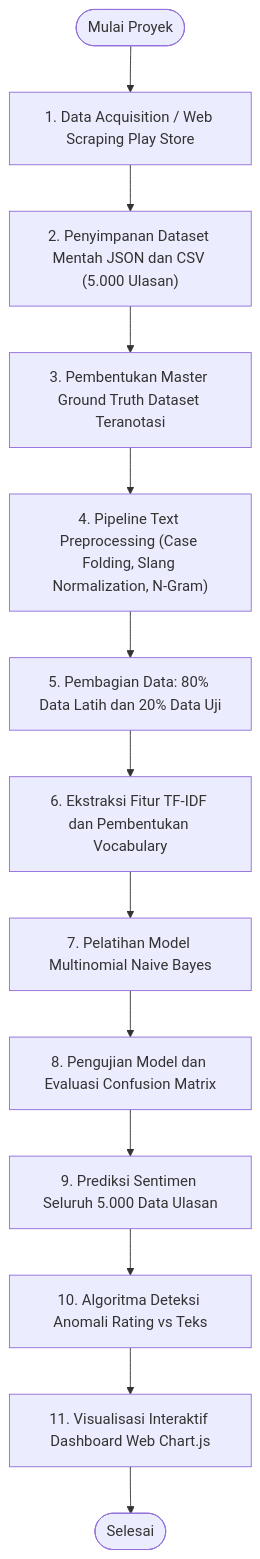
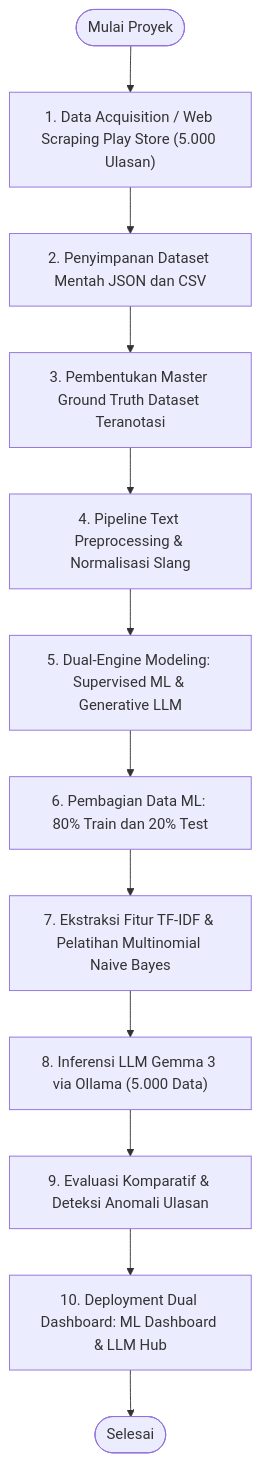
One commit to presidendjakarta/Binus-s2-Business-Intelligence-and-Analytics-TK changed the first of 6 diagrams in docs/flowchart.md. Above: the diagram before and after it, drawn with Mermaid. The commit also changed other lines of this file and 5 other files, not shown here.

Commit message:
docs: comprehensive refresh of all academic documentation for Hybrid ML + LLM 5,000 dataset

````diff
--- a/docs/flowchart.md
+++ b/docs/flowchart.md
@@ -18,15 +19,14 @@
 ```mermaid
 flowchart TD
-    Start(["Mulai Proyek"]) --> Step1["1. Data Acquisition / Web Scraping Play Store"]
-    Step1 --> Step2["2. Penyimpanan Dataset Mentah JSON dan CSV (5.000 Ulasan)"]
+    Start(["Mulai Proyek"]) --> Step1["1. Data Acquisition / Web Scraping Play Store (5.000 Ulasan)"]
+    Step1 --> Step2["2. Penyimpanan Dataset Mentah JSON dan CSV"]
     Step2 --> Step3["3. Pembentukan Master Ground Truth Dataset Teranotasi"]
-    Step3 --> Step4["4. Pipeline Text Preprocessing (Case Folding, Slang Normalization, N-Gram)"]
-    Step4 --> Step5["5. Pembagian Data: 80% Data Latih dan 20% Data Uji"]
-    Step5 --> Step6["6. Ekstraksi Fitur TF-IDF dan Pembentukan Vocabulary"]
-    Step6 --> Step7["7. Pelatihan Model Multinomial Naive Bayes"]
-    Step7 --> Step8["8. Pengujian Model dan Evaluasi Confusion Matrix"]
-    Step8 --> Step9["9. Prediksi Sentimen Seluruh 5.000 Data Ulasan"]
-    Step9 --> Step10["10. Algoritma Deteksi Anomali Rating vs Teks"]
-    Step10 --> Step11["11. Visualisasi Interaktif Dashboard Web Chart.js"]
-    Step11 --> End(["Selesai"])
+    Step3 --> Step4["4. Pipeline Text Preprocessing & Normalisasi Slang"]
+    Step4 --> Step5["5. Dual-Engine Modeling: Supervised ML & Generative LLM"]
+    Step5 --> Step6["6. Pembagian Data ML: 80% Train dan 20% Test"]
+    Step6 --> Step7["7. Ekstraksi Fitur TF-IDF & Pelatihan Multinomial Naive Bayes"]
+    Step7 --> Step8["8. Inferensi LLM Gemma 3 via Ollama (5.000 Data)"]
+    Step8 --> Step9["9. Evaluasi Komparatif & Deteksi Anomali Ulasan"]
+    Step9 --> Step10["10. Deployment Dual Dashboard: ML Dashboard & LLM Hub"]
+    Step10 --> End(["Selesai"])
 ```
````
